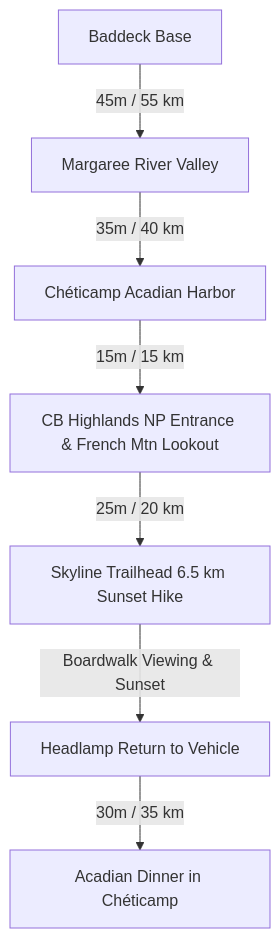
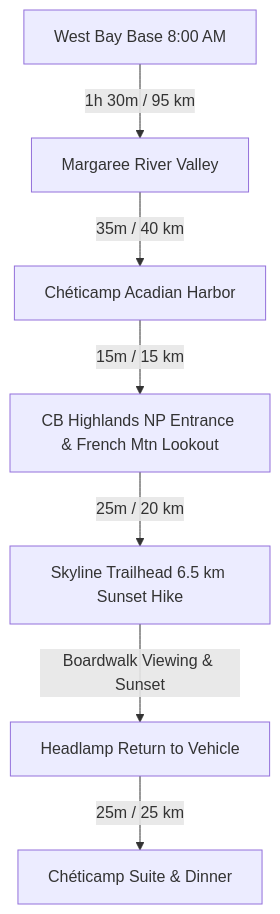
Before and after one commit to iammzz/novascotia-2026: the diagram in docs/day2_western_cabot_trail_skyline.md, drawn with Mermaid. The commit also changed other lines of this file and 21 other files, not shown here.

First line of the commit message:
Consume West Bay booking; remove Day 6; fold Day 0 into core; holistic consistency & presentation pass

````diff
--- a/docs/day2_western_cabot_trail_skyline.md
+++ b/docs/day2_western_cabot_trail_skyline.md
@@ -29,9 +35,9 @@
 ```mermaid
 graph TD
-    A[Baddeck Base] -->|45m / 55 km| B[Margaree River Valley]
+    A[West Bay Base 8:00 AM] -->|1h 30m / 95 km| B[Margaree River Valley]
     B -->|35m / 40 km| C[Chéticamp Acadian Harbor]
     C -->|15m / 15 km| D[CB Highlands NP Entrance & French Mtn Lookout]
     D -->|25m / 20 km| E[Skyline Trailhead 6.5 km Sunset Hike]
     E -->|Boardwalk Viewing & Sunset| F[Headlamp Return to Vehicle]
-    F -->|30m / 35 km| G[Acadian Dinner in Chéticamp]
+    F -->|25m / 25 km| G[Chéticamp Suite & Dinner]
 ```
````
